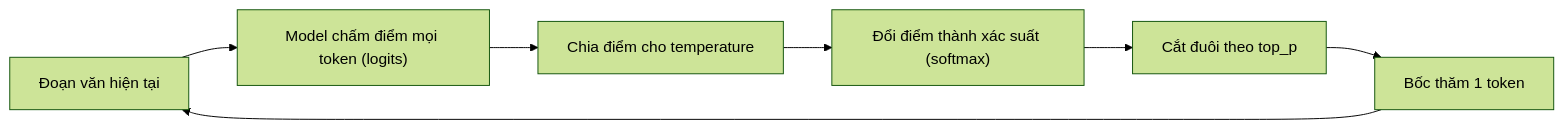
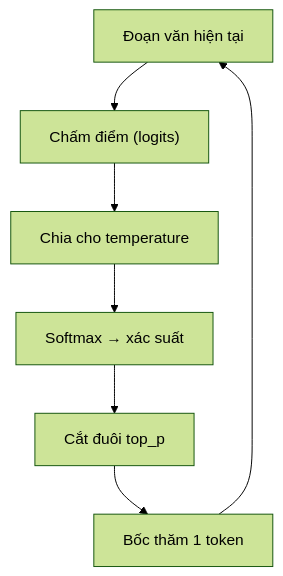
One commit to ht-nah98/ai-academy changed the first of 3 diagrams in academy/curriculum/L04-temperature-system-prompt/lesson.md. Above: the diagram before and after it, drawn with Mermaid (forest theme). The commit also changed other lines of this file and 54 other files, not shown here.

````diff
--- a/academy/curriculum/L04-temperature-system-prompt/lesson.md
+++ b/academy/curriculum/L04-temperature-system-prompt/lesson.md
@@ -36,9 +36,9 @@
 ```mermaid
-flowchart LR
-    A["Đoạn văn hiện tại"] --> B["Model chấm điểm mọi token (logits)"]
-    B --> C["Chia điểm cho temperature"]
-    C --> D["Đổi điểm thành xác suất (softmax)"]
-    D --> E["Cắt đuôi theo top_p"]
+flowchart TD
+    A["Đoạn văn hiện tại"] --> B["Chấm điểm (logits)"]
+    B --> C["Chia cho temperature"]
+    C --> D["Softmax → xác suất"]
+    D --> E["Cắt đuôi top_p"]
     E --> F["Bốc thăm 1 token"]
     F --> A
 ```
````
